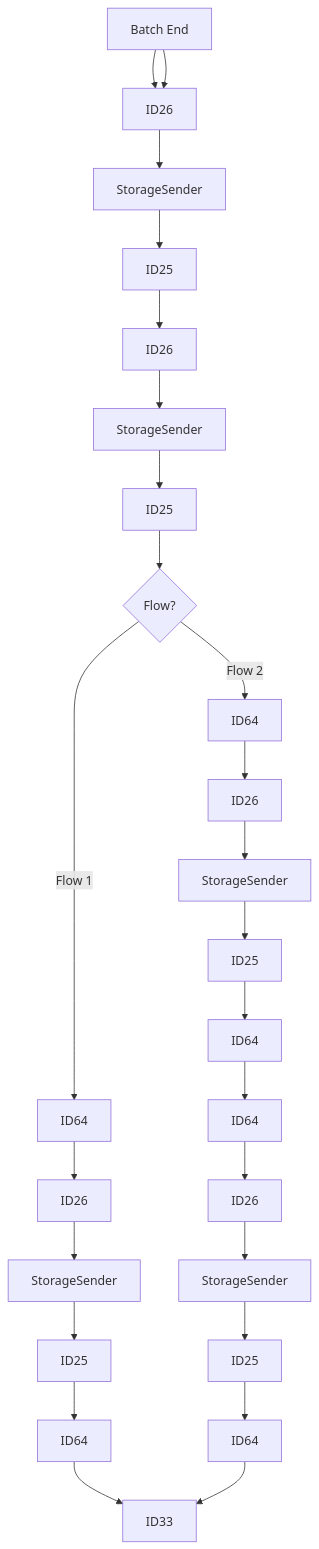
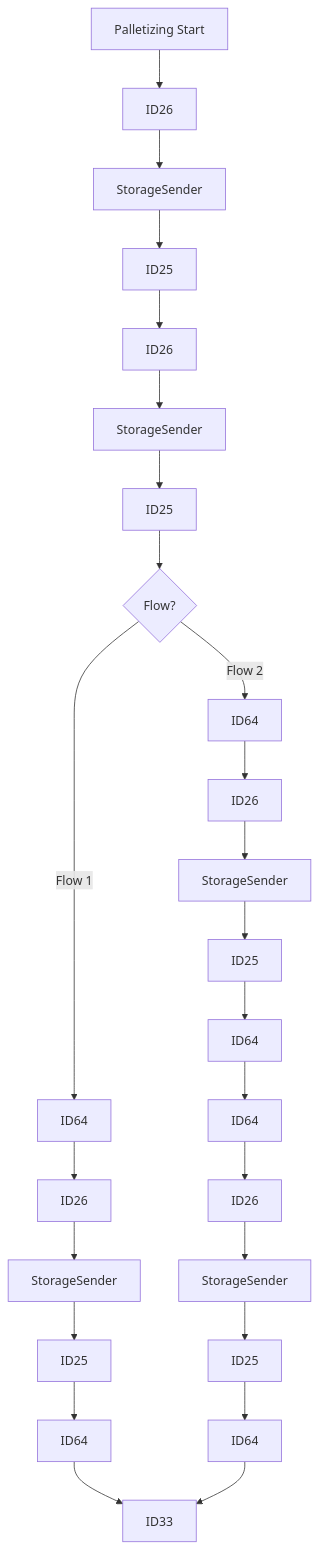
One commit to luthfiadityaa/SimeDarby-Wiki changed the second of 2 diagrams in Basic-Design/DFD-WMS/Storage/Palletizing-Settting.md. Above: the diagram before and after it, drawn with Mermaid.

Commit message:
Updated Palletizing Settting

```diff
--- a/Basic-Design/DFD-WMS/Storage/Palletizing-Settting.md
+++ b/Basic-Design/DFD-WMS/Storage/Palletizing-Settting.md
@@ -17,15 +17,14 @@
 ::: mermaid
 flowchart TD  
 P1[Palletizing Start]-->P2[ID26]-->P3[StorageSender]-->P4[ID25]
 P4[ID25]-->P5[ID26]-->P6[StorageSender]-->P7[ID25]
 P7[ID25]-->Cond1{Flow?} 
 Cond1 --> |Flow 1| P8[ID64]
 Cond1 --> |Flow 2| P9[ID64]
 P8[ID64]-->P10[ID26]-->P11[StorageSender]-->P12[ID25]-->P13[ID64]
 P9[ID64]-->P15[ID26]-->P16[StorageSender]-->P17[ID25]-->P18[ID64]-->P19[ID64]-->P20[ID26]-->P21[StorageSender]-->P22[ID25]-->P23[ID64]
 
-P1[Batch End]-->P2[ID26]
 
 P13[ID64]-->P14[ID33]
 P23[ID64]-->P14[ID33]
 :::
```
